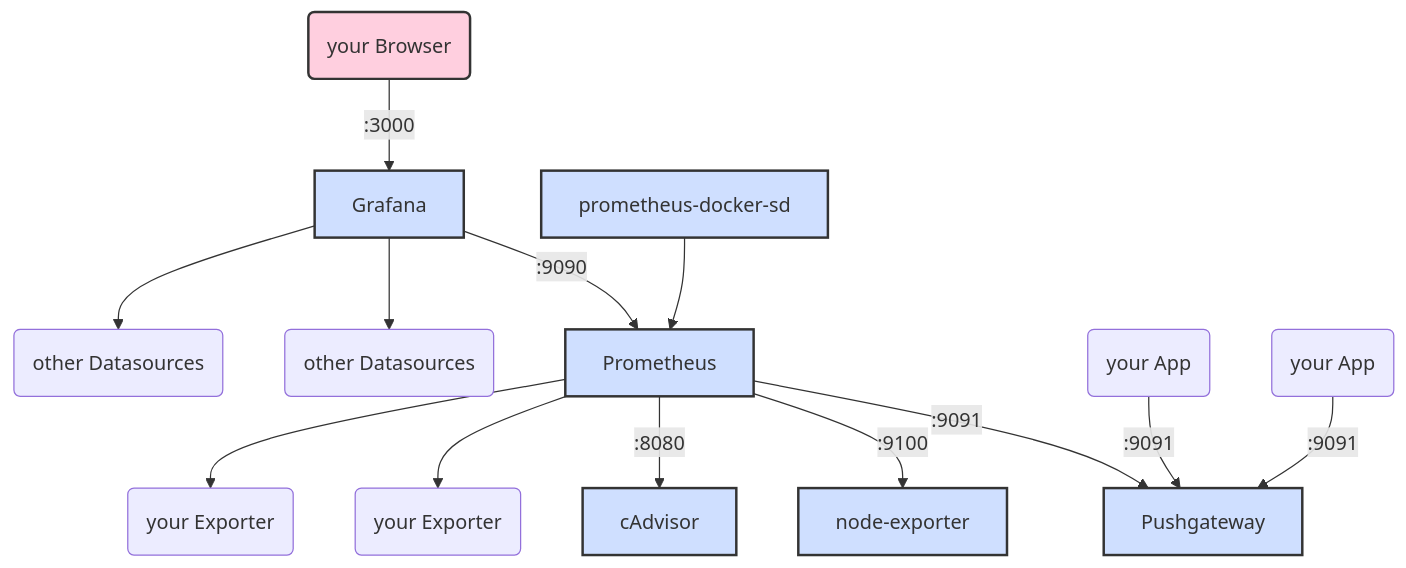
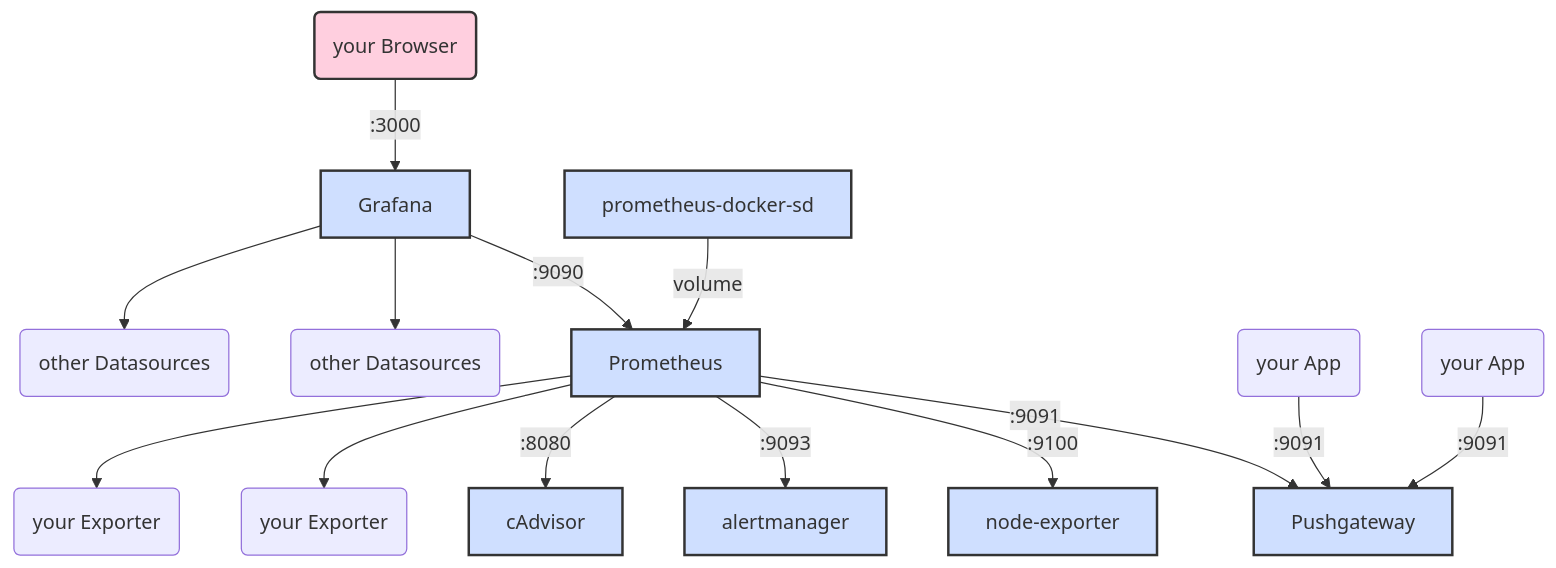
One commit to stuckyhm/prometheus-grafana-stack changed the diagram in docs/diagram.md. Above: the diagram before and after it, drawn with Mermaid.

Commit message:
alertmanager added

````diff
--- a/docs/diagram.md
+++ b/docs/diagram.md
@@ -1,22 +1,25 @@
 ```mermaid
-graph TD
+graph TD 
+linkStyle default interpolate basis
 Z(your Browser) -- :3000 --> A(Prometheus)
-K[prometheus-docker-sd] --> B
 A[Grafana] -- :9090 --> B[Prometheus]
+K[prometheus-docker-sd] -- volume --> B
 A --> C(other Datasources)
 A --> L(other Datasources)
 B -- :9091 --> D[Pushgateway]
 B -- :9100 --> I[node-exporter]
+B -- :9093 --> M[alertmanager]
 B -- :8080 --> J[cAdvisor]
 B --> E(your Exporter)
 B --> F(your Exporter)
 G(your App) -- :9091 --> D
 H(your App) -- :9091 --> D
-style A fill:#cfdfff,stroke:#333,stroke-width:2px
+style A fill:#cfdfff,stroke:#333,stroke-width:2px,top:40px
 style B fill:#cfdfff,stroke:#333,stroke-width:2px
 style D fill:#cfdfff,stroke:#333,stroke-width:2px
 style I fill:#cfdfff,stroke:#333,stroke-width:2px
 style J fill:#cfdfff,stroke:#333,stroke-width:2px
 style K fill:#cfdfff,stroke:#333,stroke-width:2px
+style M fill:#cfdfff,stroke:#333,stroke-width:2px
 style Z fill:#ffcfdf,stroke:#333,stroke-width:2px
 ```
````
